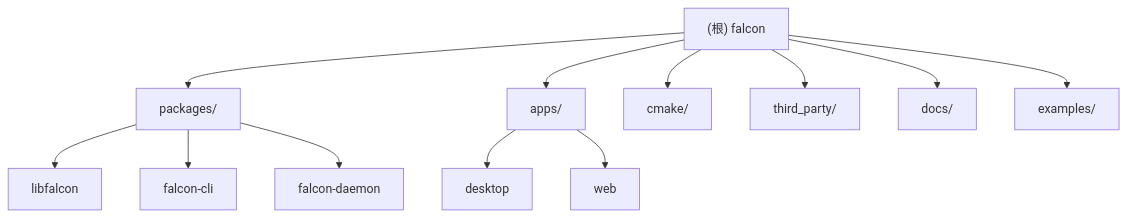
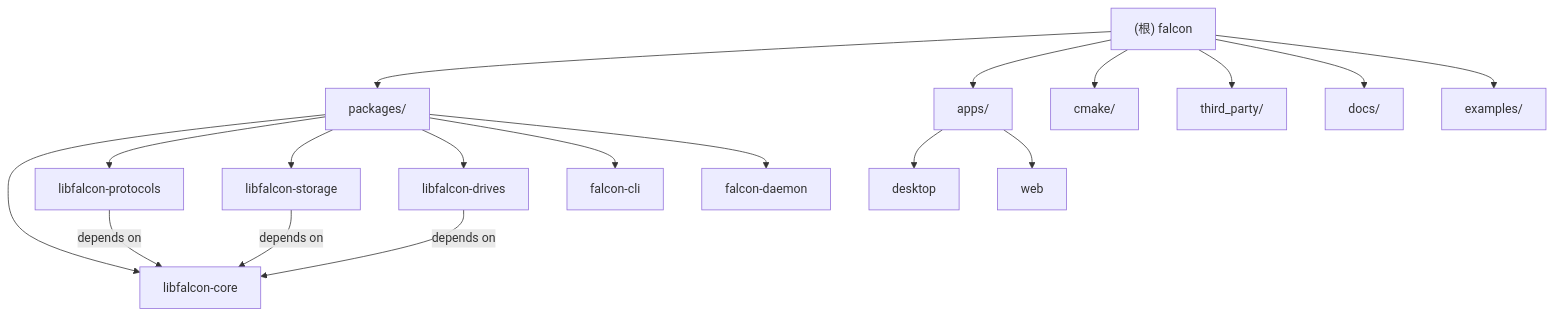
Before and after one commit to cuihairu/falcon: the diagram in CLAUDE.md, drawn with Mermaid. The commit also changed other lines of this file and 226 other files, not shown here.

````diff
--- a/CLAUDE.md
+++ b/CLAUDE.md
@@ -114,22 +123,30 @@
 ```mermaid
 graph TD
     A["(根) falcon"] --> B["packages/"];
-    B --> C["libfalcon"];
-    B --> D["falcon-cli"];
-    B --> E["falcon-daemon"];
+    B --> C["libfalcon-core"];
+    B --> D["libfalcon-protocols"];
+    B --> E["libfalcon-storage"];
+    B --> F["libfalcon-drives"];
+    B --> G["falcon-cli"];
+    B --> H["falcon-daemon"];
 
-    A --> F["apps/"];
-    F --> G["desktop"];
-    F --> H["web"];
+    A --> I["apps/"];
+    I --> J["desktop"];
+    I --> K["web"];
 
-    A --> I["cmake/"];
-    A --> J["third_party/"];
-    A --> K["docs/"];
-    A --> L["examples/"];
+    A --> L["cmake/"];
+    A --> M["third_party/"];
+    A --> N["docs/"];
+    A --> O["examples/"];
 
-    click C "./packages/libfalcon/CLAUDE.md" "查看核心库文档"
-    click D "./packages/falcon-cli/CLAUDE.md" "查看 CLI 文档"
-    click E "./packages/falcon-daemon/CLAUDE.md" "查看 Daemon 文档"
-    click G "./apps/desktop/CLAUDE.md" "查看桌面应用文档"
-    click H "./apps/web/CLAUDE.md" "查看 Web 应用文档"
+    D -->|depends on| C
+    E -->|depends on| C
+    F -->|depends on| C
+
+    click C "./packages/libfalcon-core/CLAUDE.md" "查看核心库文档"
+    click D "./packages/libfalcon-protocols/CLAUDE.md" "查看协议库文档"
+    click E "./packages/libfalcon-storage/CLAUDE.md" "查看存储库文档"
+    click F "./packages/libfalcon-drives/CLAUDE.md" "查看网盘库文档"
+    click G "./packages/falcon-cli/CLAUDE.md" "查看 CLI 文档"
+    click H "./packages/falcon-daemon/CLAUDE.md" "查看 Daemon 文档"
 ```
````
